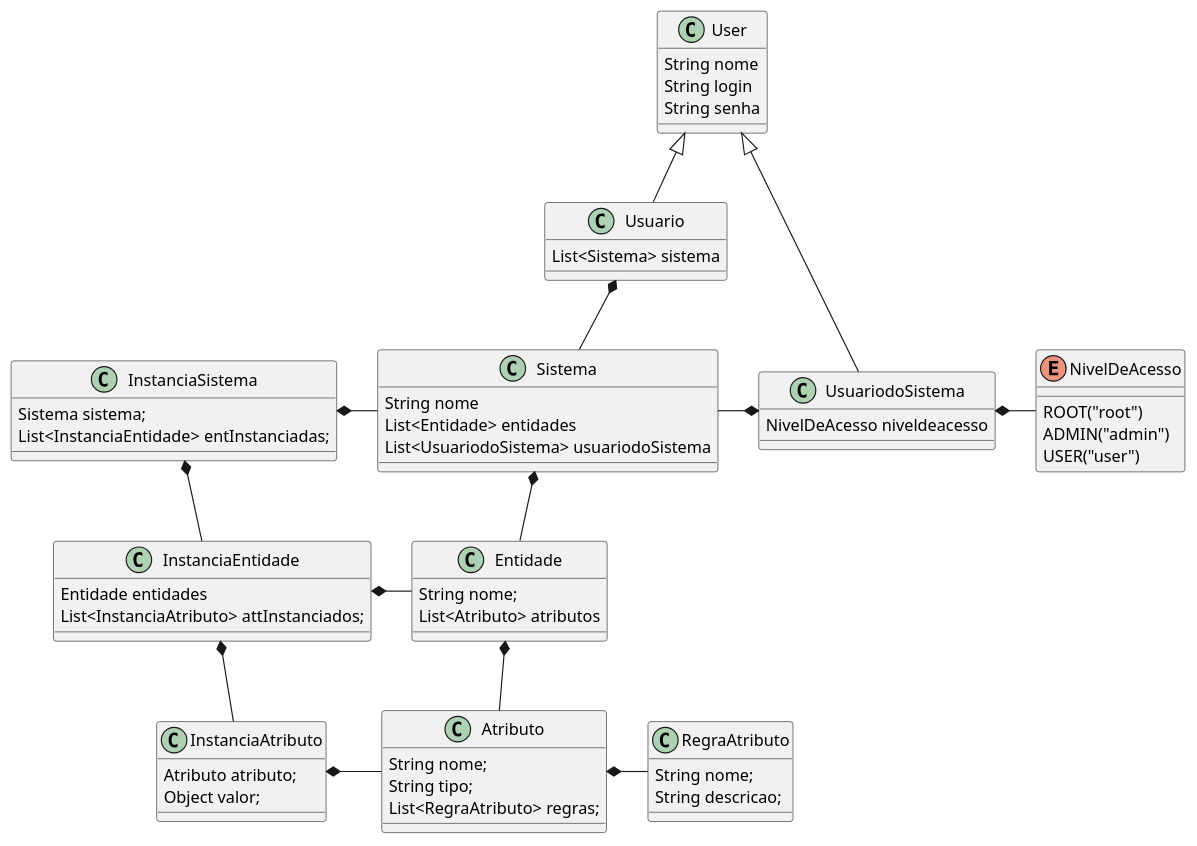
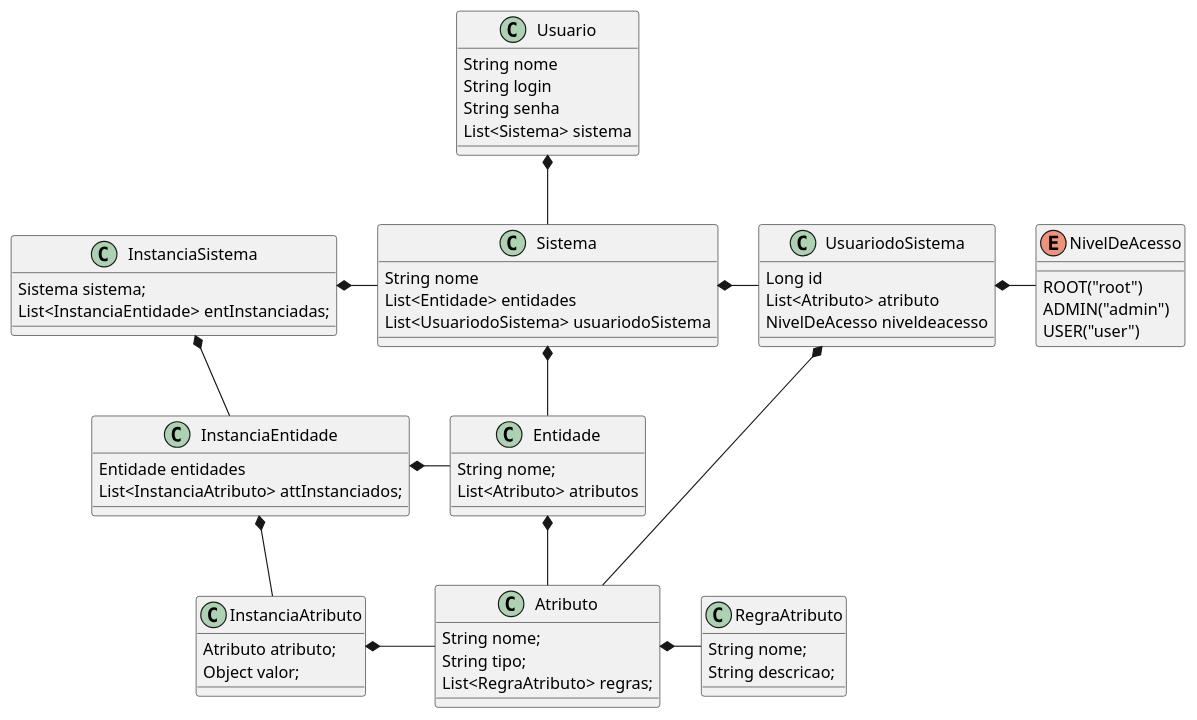
The diagram in UML/models.puml (IFBAEunapolisDynamicObjectModel/Domgo-lango---Core), drawn with PlantUML before and after one commit. The commit also changed 1 other file, not shown here.

```diff
--- a/UML/models.puml
+++ b/UML/models.puml
@@ -1,74 +1,74 @@
 @startuml
 class Sistema{
 
   String nome
   List<Entidade> entidades
   List<UsuariodoSistema> usuariodoSistema
 }
-class Usuario extends User {
-
-  List<Sistema> sistema
-}
-class User{
+class Usuario  {
   String nome
   String login
   String senha
+  List<Sistema> sistema
 }
-class UsuariodoSistema extends User{
 
+class UsuariodoSistema{
+  Long id
+  List<Atributo> atributo
   NivelDeAcesso niveldeacesso
+
 }
 class Entidade{
 
   String nome;
   List<Atributo> atributos
 }
  Enum NivelDeAcesso{
   ROOT("root")
   ADMIN("admin")
   USER("user")
 
 }
 
 class Atributo{
   String nome;
   String tipo;
   List<RegraAtributo> regras;
 }
 
 class RegraAtributo{
   String nome;
   String descricao;
 }
 
 class InstanciaSistema{
   Sistema sistema;
   List<InstanciaEntidade> entInstanciadas;
 }
 
 class InstanciaEntidade{
 
   Entidade entidades
   List<InstanciaAtributo> attInstanciados;
 }
 
 class InstanciaAtributo{
 
     Atributo atributo;
     Object valor;
 }
+Usuario *-- Sistema
 UsuariodoSistema *-NivelDeAcesso
-Usuario *-- Sistema
-
+UsuariodoSistema *--Atributo
 Sistema *-- Entidade
-Sistema -* UsuariodoSistema
+Sistema *- UsuariodoSistema
 Entidade *-- Atributo
 Atributo *- RegraAtributo
 
 InstanciaSistema *- Sistema
 InstanciaSistema *-- InstanciaEntidade
 InstanciaEntidade *- Entidade
 InstanciaEntidade *-- InstanciaAtributo
 InstanciaAtributo *- Atributo
 
 @enduml
```
